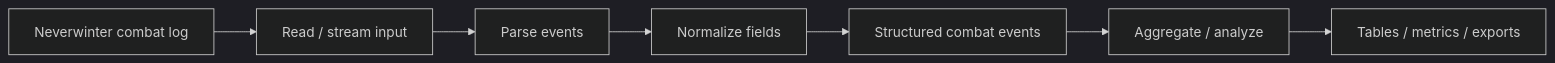
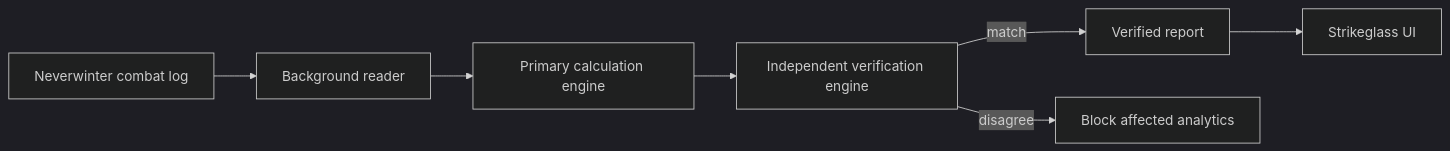
One commit to Nischhalsubba/Neverwinter-combatlog changed the diagram in README.md. Above: the diagram before and after it, drawn with Mermaid (dark theme). The commit also changed other lines of this file, not shown here.

Commit message:
Align repository with Strikeglass brand

````diff
--- a/README.md
+++ b/README.md
@@ -29,9 +33,9 @@
 ```mermaid
 flowchart LR
-    LOG["Neverwinter combat log"] --> READ["Read / stream input"]
-    READ --> PARSE["Parse events"]
-    PARSE --> NORMALIZE["Normalize fields"]
-    NORMALIZE --> MODEL["Structured combat events"]
-    MODEL --> ANALYZE["Aggregate / analyze"]
-    ANALYZE --> OUTPUT["Tables / metrics / exports"]
+    LOG["Neverwinter combat log"] --> READ["Background reader"]
+    READ --> PRIMARY["Primary calculation engine"]
+    PRIMARY --> VERIFY["Independent verification engine"]
+    VERIFY -->|match| REPORT["Verified report"]
+    VERIFY -->|disagree| BLOCK["Block affected analytics"]
+    REPORT --> UI["Strikeglass UI"]
 ```
````
